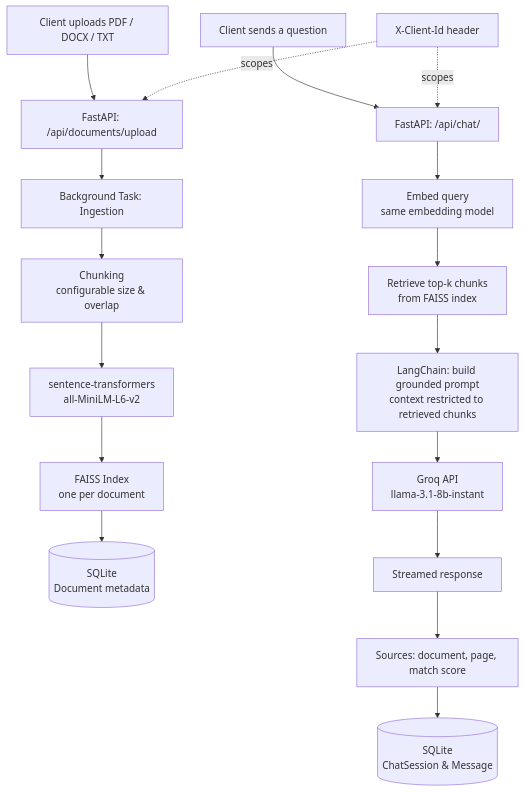
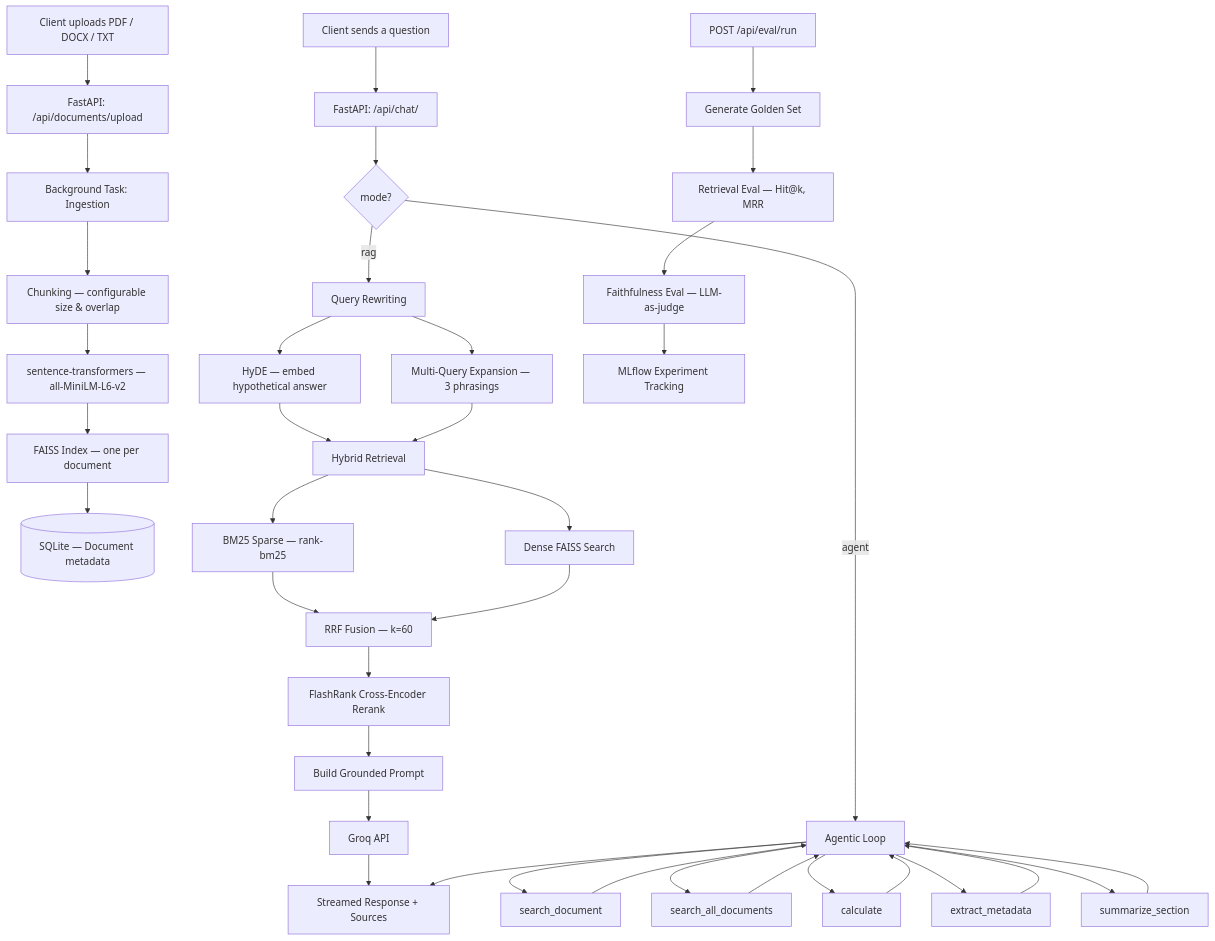
The diagram in README.md (cs-gitrp/documind-backend), drawn with Mermaid before and after one commit. The commit also changed other lines of this file, not shown here.

````diff
--- a/README.md
+++ b/README.md
@@ -24,21 +87,41 @@
 ```mermaid
 flowchart TD
     A[Client uploads PDF / DOCX / TXT] --> B[FastAPI: /api/documents/upload]
     B --> C[Background Task: Ingestion]
-    C --> D[Chunking<br/>configurable size & overlap]
-    D --> E[sentence-transformers<br/>all-MiniLM-L6-v2]
-    E --> F[FAISS Index<br/>one per document]
-    F --> G[(SQLite<br/>Document metadata)]
+    C --> D[Chunking — configurable size & overlap]
+    D --> E[sentence-transformers — all-MiniLM-L6-v2]
+    E --> F[FAISS Index — one per document]
+    F --> G[(SQLite — Document metadata)]
 
     H[Client sends a question] --> I[FastAPI: /api/chat/]
-    I --> J[Embed query<br/>same embedding model]
-    J --> K[Retrieve top-k chunks<br/>from FAISS index]
-    K --> L[LangChain: build grounded prompt<br/>context restricted to retrieved chunks]
-    L --> M[Groq API<br/>llama-3.1-8b-instant]
-    M --> N[Streamed response]
-    N --> O[Sources: document, page, match score]
-    O --> P[(SQLite<br/>ChatSession & Message)]
+    I --> MODE{mode?}
 
-    Q[X-Client-Id header] -.scopes.-> B
-    Q -.scopes.-> I
+    MODE -->|rag| QR[Query Rewriting]
+    QR --> QR1[HyDE — embed hypothetical answer]
+    QR --> QR2[Multi-Query Expansion — 3 phrasings]
+    QR1 --> RET
+    QR2 --> RET
+
+    RET[Hybrid Retrieval] --> BM25[BM25 Sparse — rank-bm25]
+    RET --> DENSE[Dense FAISS Search]
+    BM25 --> RRF[RRF Fusion — k=60]
+    DENSE --> RRF
+    RRF --> RERANK[FlashRank Cross-Encoder Rerank]
+    RERANK --> PROMPT[Build Grounded Prompt]
+    PROMPT --> LLM[Groq API]
+    LLM --> STREAM[Streamed Response + Sources]
+
+    MODE -->|agent| AGENT[Agentic Loop]
+    AGENT --> T1[search_document]
+    AGENT --> T2[search_all_documents]
+    AGENT --> T3[calculate]
+    AGENT --> T4[extract_metadata]
+    AGENT --> T5[summarize_section]
+    T1 & T2 & T3 & T4 & T5 --> AGENT
+    AGENT --> STREAM
+
+    EVAL[POST /api/eval/run] --> GS[Generate Golden Set]
+    GS --> REVAL[Retrieval Eval — Hit@k, MRR]
+    REVAL --> FEVAL[Faithfulness Eval — LLM-as-judge]
+    FEVAL --> MFLOW[MLflow Experiment Tracking]
 ```
````
